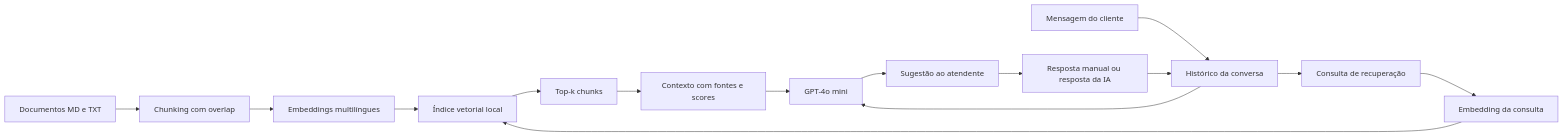
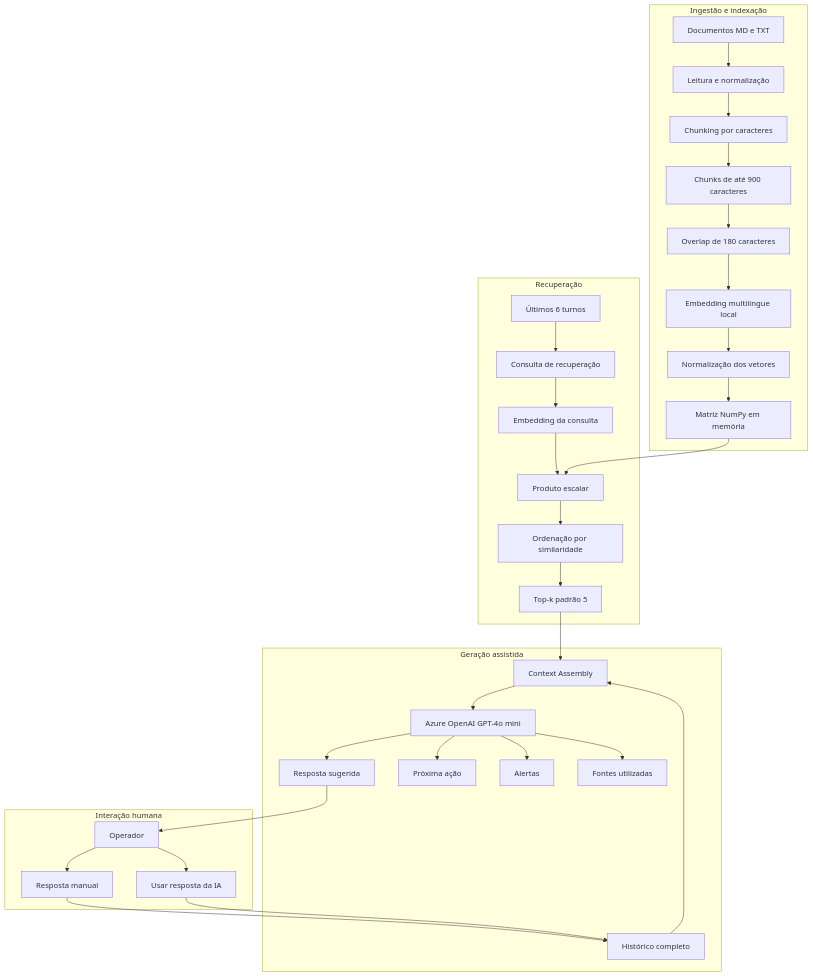
One commit to eduardo-data/copiloto_assistente changed the second of 2 diagrams in README.md. Above: the diagram before and after it, drawn with Mermaid. The commit also changed other lines of this file, not shown here.

Commit message:
docs: detalha arquitetura RAG, chunking, embeddings e armazenamento

````diff
--- a/README.md
+++ b/README.md
@@ -43,18 +154,39 @@
 ```mermaid
-flowchart LR
-    A[Documentos MD e TXT] --> B[Chunking com overlap]
-    B --> C[Embeddings multilíngues]
-    C --> D[Índice vetorial local]
+flowchart TD
+    subgraph INGESTAO[Ingestão e indexação]
+        A[Documentos MD e TXT] --> B[Leitura e normalização]
+        B --> C[Chunking por caracteres]
+        C --> D[Chunks de até 900 caracteres]
+        D --> E[Overlap de 180 caracteres]
+        E --> F[Embedding multilíngue local]
+        F --> G[Normalização dos vetores]
+        G --> H[Matriz NumPy em memória]
+    end
 
-    E[Mensagem do cliente] --> F[Histórico da conversa]
-    F --> G[Consulta de recuperação]
-    G --> H[Embedding da consulta]
-    H --> D
-    D --> I[Top-k chunks]
-    I --> J[Contexto com fontes e scores]
-    F --> K[GPT-4o mini]
-    J --> K
-    K --> L[Sugestão ao atendente]
-    L --> M[Resposta manual ou resposta da IA]
-    M --> F
+    subgraph RECUPERACAO[Recuperação]
+        I[Últimos 6 turnos] --> J[Consulta de recuperação]
+        J --> K[Embedding da consulta]
+        K --> L[Produto escalar]
+        H --> L
+        L --> M[Ordenação por similaridade]
+        M --> N[Top-k padrão 5]
+    end
+
+    subgraph GERACAO[Geração assistida]
+        N --> O[Context Assembly]
+        P[Histórico completo] --> O
+        O --> Q[Azure OpenAI GPT-4o mini]
+        Q --> R[Resposta sugerida]
+        Q --> S[Próxima ação]
+        Q --> T[Alertas]
+        Q --> U[Fontes utilizadas]
+    end
+
+    subgraph OPERACAO[Interação humana]
+        R --> V[Operador]
+        V --> W[Resposta manual]
+        V --> X[Usar resposta da IA]
+        W --> P
+        X --> P
+    end
 ```
````
